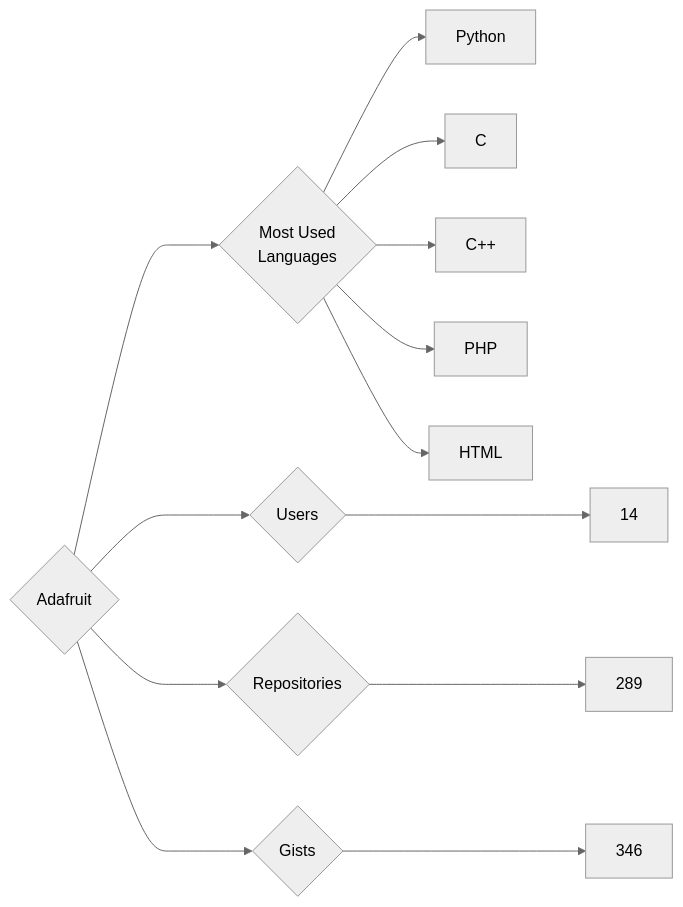
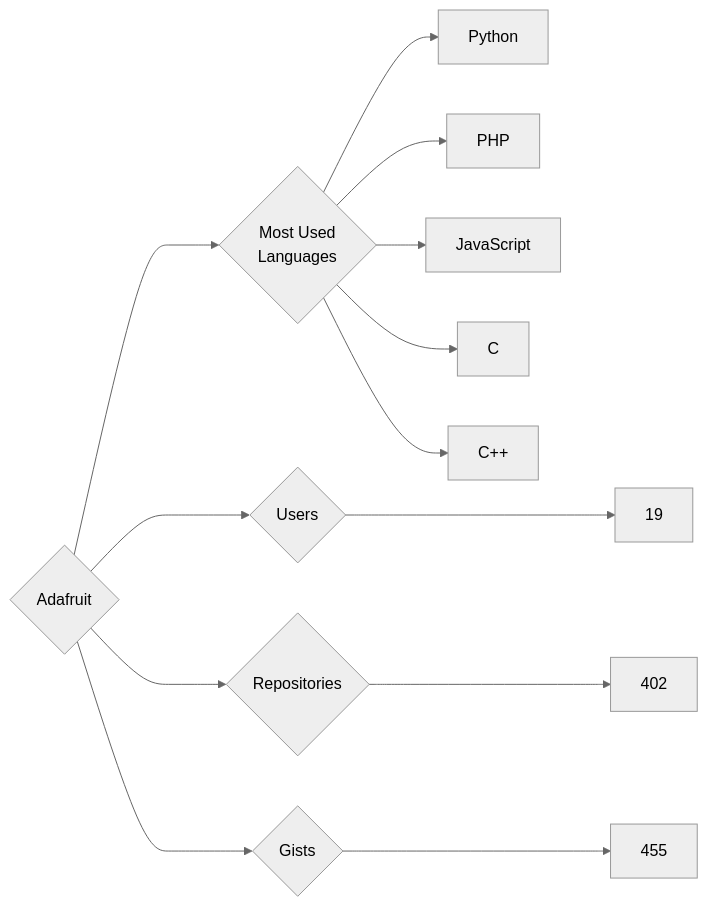
The diagram in targets/Adafruit/README.md (trickest/insiders), drawn with Mermaid (neutral theme) before and after one commit. The commit also changed 775 other files, not shown here.

````diff
--- a/targets/Adafruit/README.md
+++ b/targets/Adafruit/README.md
@@ -3,13 +3,13 @@
 ```mermaid
 graph LR
 COMPANY_NAME{Adafruit}
-COMPANY_NAME ---> U{Users} ---> UN[14]
-COMPANY_NAME ---> R{Repositories} ---> RN[289]
-COMPANY_NAME ---> G{Gists} ---> GN[346]
+COMPANY_NAME ---> U{Users} ---> UN[19]
+COMPANY_NAME ---> R{Repositories} ---> RN[402]
+COMPANY_NAME ---> G{Gists} ---> GN[455]
 COMPANY_NAME ---> ML{Most Used<br>Languages}
 ML --> Python[Python]
+ML --> PHP[PHP]
+ML --> JavaScript[JavaScript]
 ML --> C[C]
 ML --> C++[C++]
-ML --> PHP[PHP]
-ML --> HTML[HTML]
 ```
````
